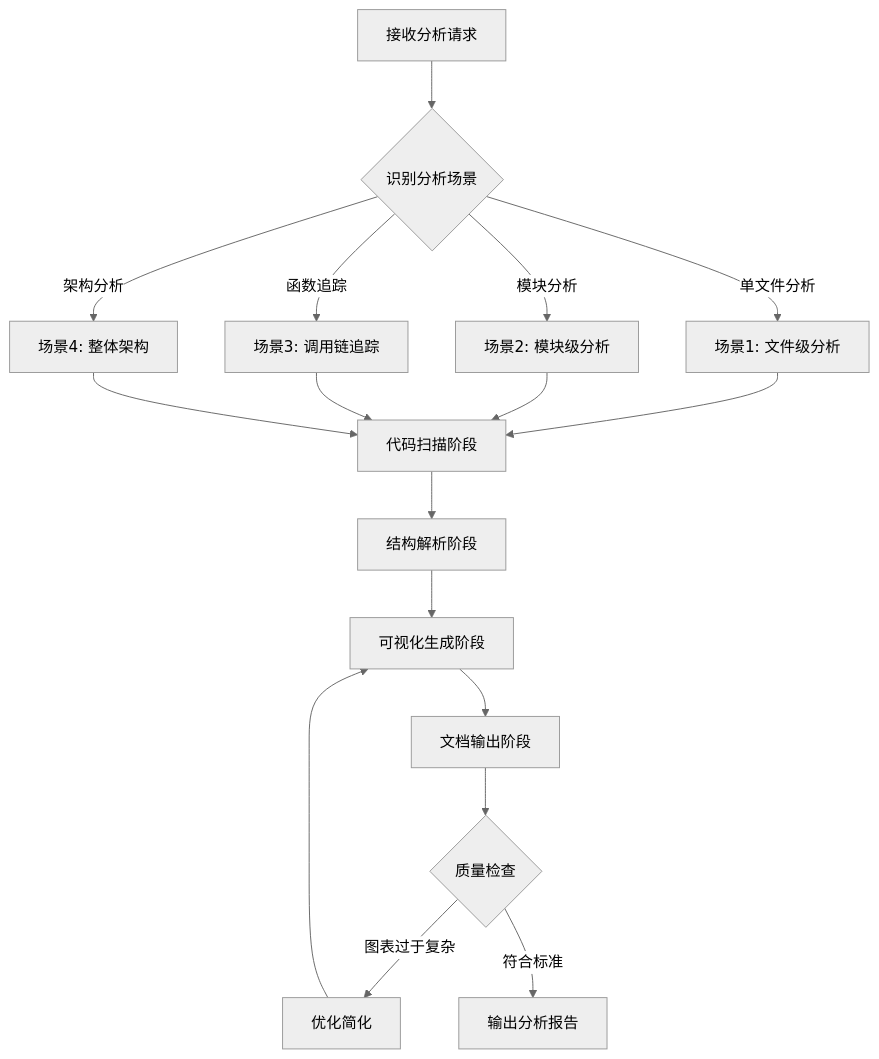
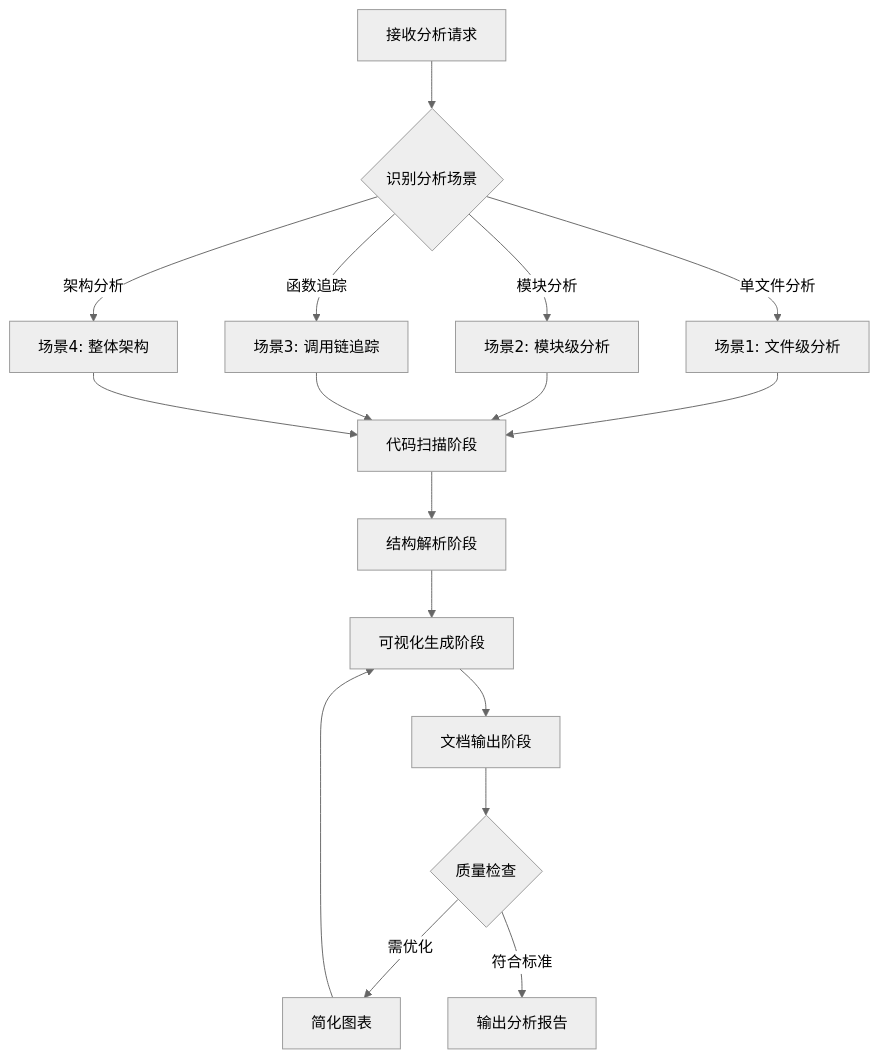
The second of 7 diagrams in agents/code-analyzer.md (JIA-ss/agents), drawn with Mermaid (neutral theme) before and after one commit. The commit also changed other lines of this file and 4 other files, not shown here.

````diff
--- a/agents/code-analyzer.md
+++ b/agents/code-analyzer.md
@@ -73,22 +49,22 @@
 ```mermaid
 flowchart TD
     A[接收分析请求] --> B{识别分析场景}
     B -->|单文件分析| C1[场景1: 文件级分析]
     B -->|模块分析| C2[场景2: 模块级分析]
     B -->|函数追踪| C3[场景3: 调用链追踪]
     B -->|架构分析| C4[场景4: 整体架构]
 
     C1 --> D[代码扫描阶段]
     C2 --> D
     C3 --> D
     C4 --> D
 
     D --> E[结构解析阶段]
     E --> F[可视化生成阶段]
     F --> G[文档输出阶段]
 
     G --> H{质量检查}
-    H -->|图表过于复杂| I[优化简化]
+    H -->|需优化| I[简化图表]
     I --> F
     H -->|符合标准| J[输出分析报告]
 ```
````
